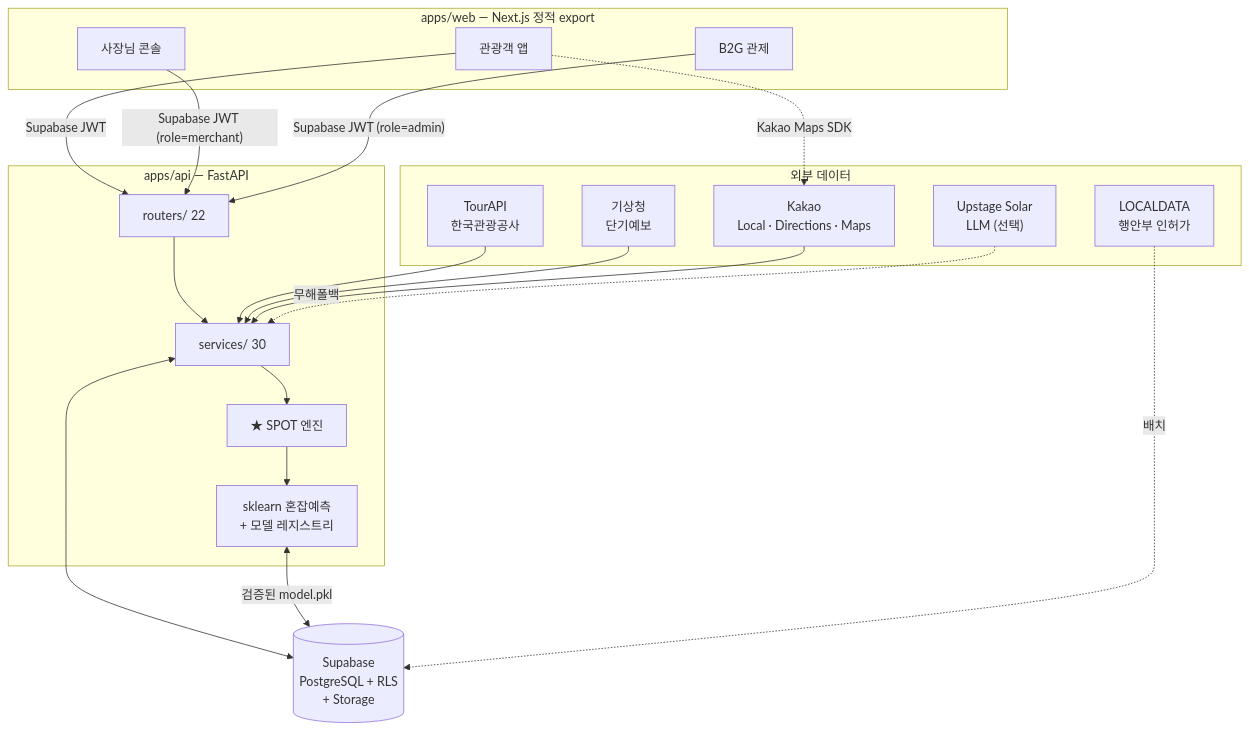
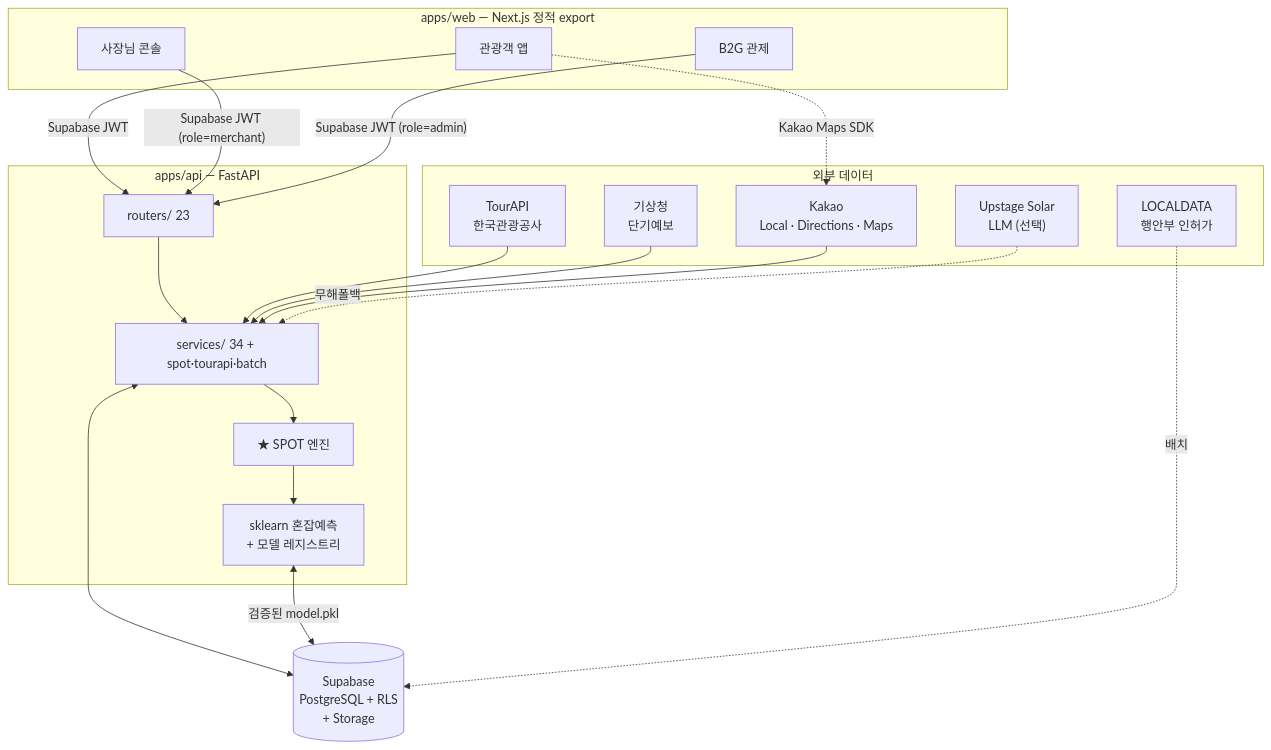
Before and after one commit to NextSpot-knu/NextSpot: the first of 2 diagrams in docs/SYSTEM_MAP.md, drawn with Mermaid. The commit also changed other lines of this file and 12 other files, not shown here.

````diff
--- a/docs/SYSTEM_MAP.md
+++ b/docs/SYSTEM_MAP.md
@@ -95,40 +95,40 @@
 ```mermaid
 flowchart TB
     subgraph EXT["외부 데이터"]
         TOUR["TourAPI<br/>한국관광공사"]
         KMA["기상청<br/>단기예보"]
         KAKAO["Kakao<br/>Local · Directions · Maps"]
         LOCAL["LOCALDATA<br/>행안부 인허가"]
         SOLAR["Upstage Solar<br/>LLM (선택)"]
     end
 
     subgraph WEB["apps/web — Next.js 정적 export"]
         U["관광객 앱"]
         M["사장님 콘솔"]
         A["B2G 관제"]
     end
 
     subgraph API["apps/api — FastAPI"]
-        R["routers/ 22"]
-        S["services/ 30"]
+        R["routers/ 23"]
+        S["services/ 34 + spot·tourapi·batch"]
         SPOT["★ SPOT 엔진"]
         ML["sklearn 혼잡예측<br/>+ 모델 레지스트리"]
     end
 
     DB[("Supabase<br/>PostgreSQL + RLS<br/>+ Storage")]
 
     U -->|"Supabase JWT"| R
     M -->|"Supabase JWT (role=merchant)"| R
     A -->|"Supabase JWT (role=admin)"| R
     R --> S
     S --> SPOT
     SPOT --> ML
     S <--> DB
     ML <-->|"검증된 model.pkl"| DB
     TOUR --> S
     KMA --> S
     KAKAO --> S
     LOCAL -.배치.-> DB
     SOLAR -.무해폴백.-> S
     U -.Kakao Maps SDK.-> KAKAO
 ```
````
